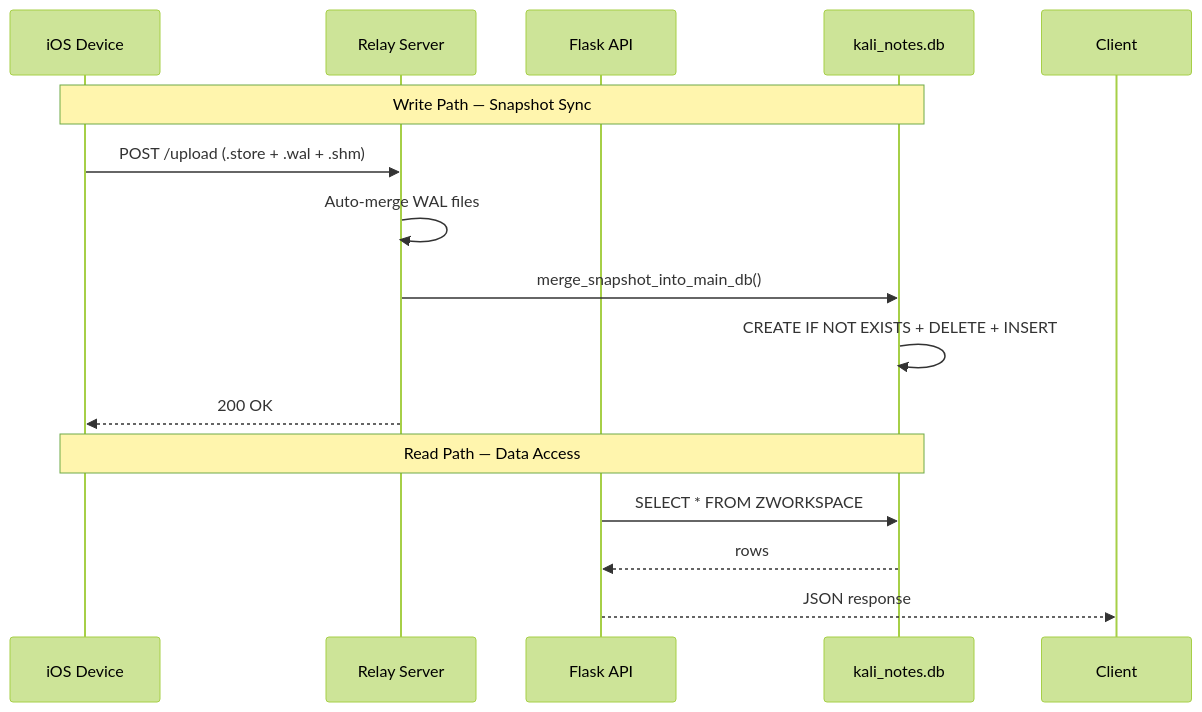
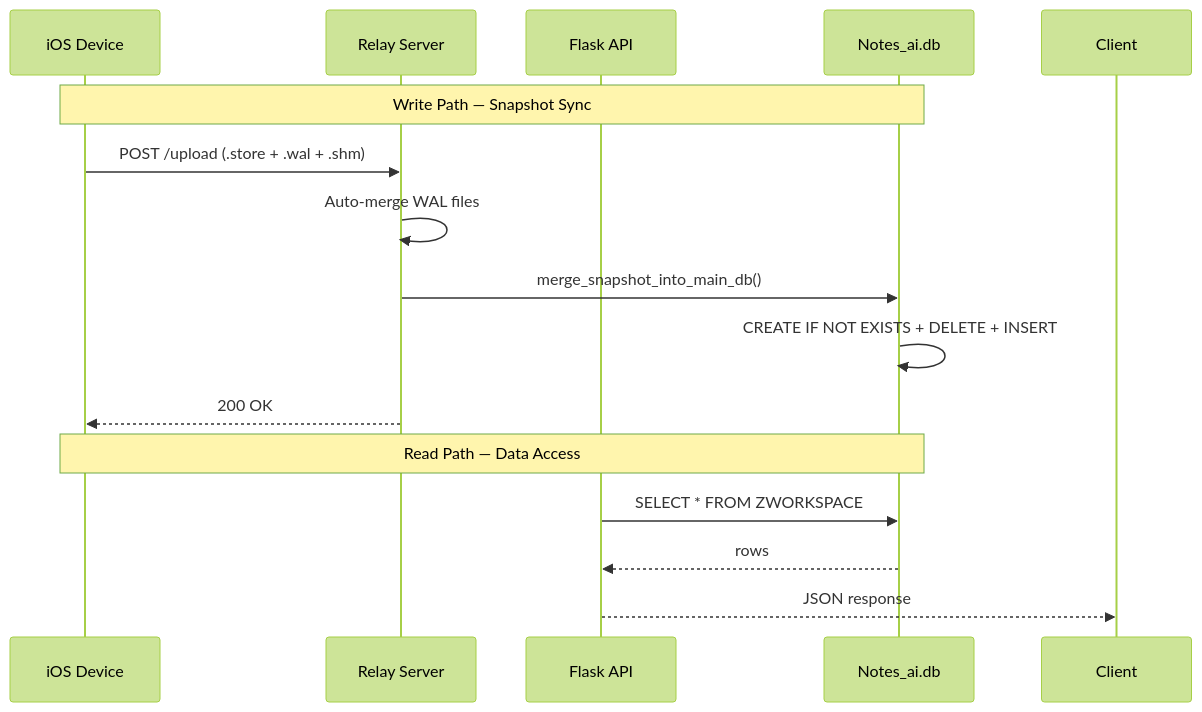
Before and after one commit to Kenan999/Notes.ai: the second of 2 diagrams in README.md, drawn with Mermaid (forest theme). The commit also changed other lines of this file and 5 other files, not shown here.

Commit message:
Rename kali_notes.db → Notes_ai.db across all files

````diff
--- a/README.md
+++ b/README.md
@@ -128,19 +128,19 @@
 ```mermaid
 sequenceDiagram
     participant Device as iOS Device
     participant Relay as Relay Server
     participant Flask as Flask API
-    participant DB as kali_notes.db
+    participant DB as Notes_ai.db
 
     Note over Device,DB: Write Path — Snapshot Sync
     Device->>Relay: POST /upload (.store + .wal + .shm)
     Relay->>Relay: Auto-merge WAL files
     Relay->>DB: merge_snapshot_into_main_db()
     DB->>DB: CREATE IF NOT EXISTS + DELETE + INSERT
     Relay-->>Device: 200 OK
 
     Note over Device,DB: Read Path — Data Access
     Flask->>DB: SELECT * FROM ZWORKSPACE
     DB-->>Flask: rows
     Flask-->>Client: JSON response
 ```
````
